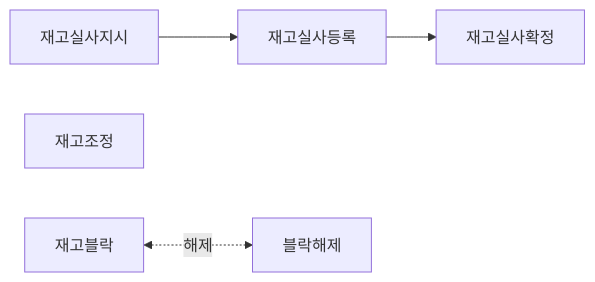
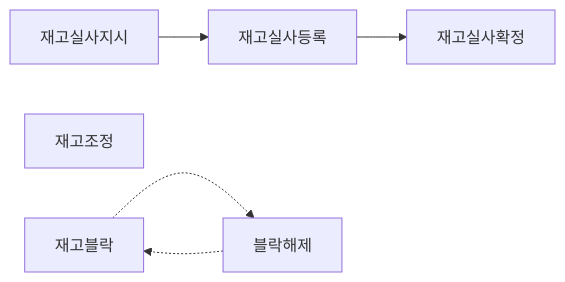
One commit to OhGwonSik/PH_DO changed the second of 5 diagrams in README.md. Above: the diagram before and after it, drawn with Mermaid.

Commit message:
README: Mermaid 문법 오류 수정 (재고블락 양방향 화살표)

````diff
--- a/README.md
+++ b/README.md
@@ -45,6 +45,7 @@
 ```mermaid
 flowchart LR
     D[재고실사지시] --> E[재고실사등록] --> F[재고실사확정]
     G[재고조정]
-    H[재고블락] <-.해제.-> I[블락해제]
+    H[재고블락] -.-> I[블락해제]
+    I -.-> H
 ```
````
